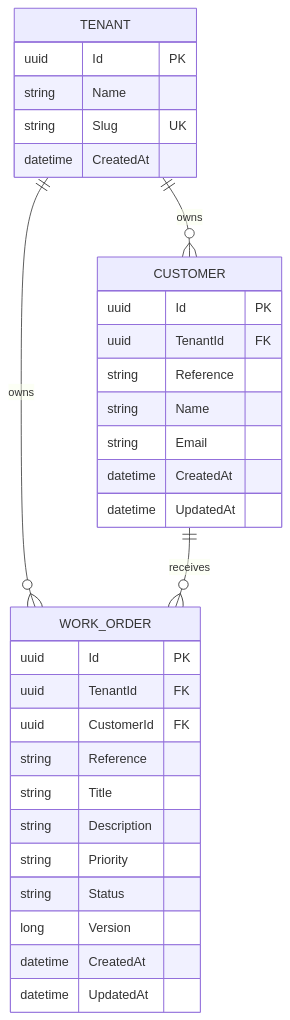
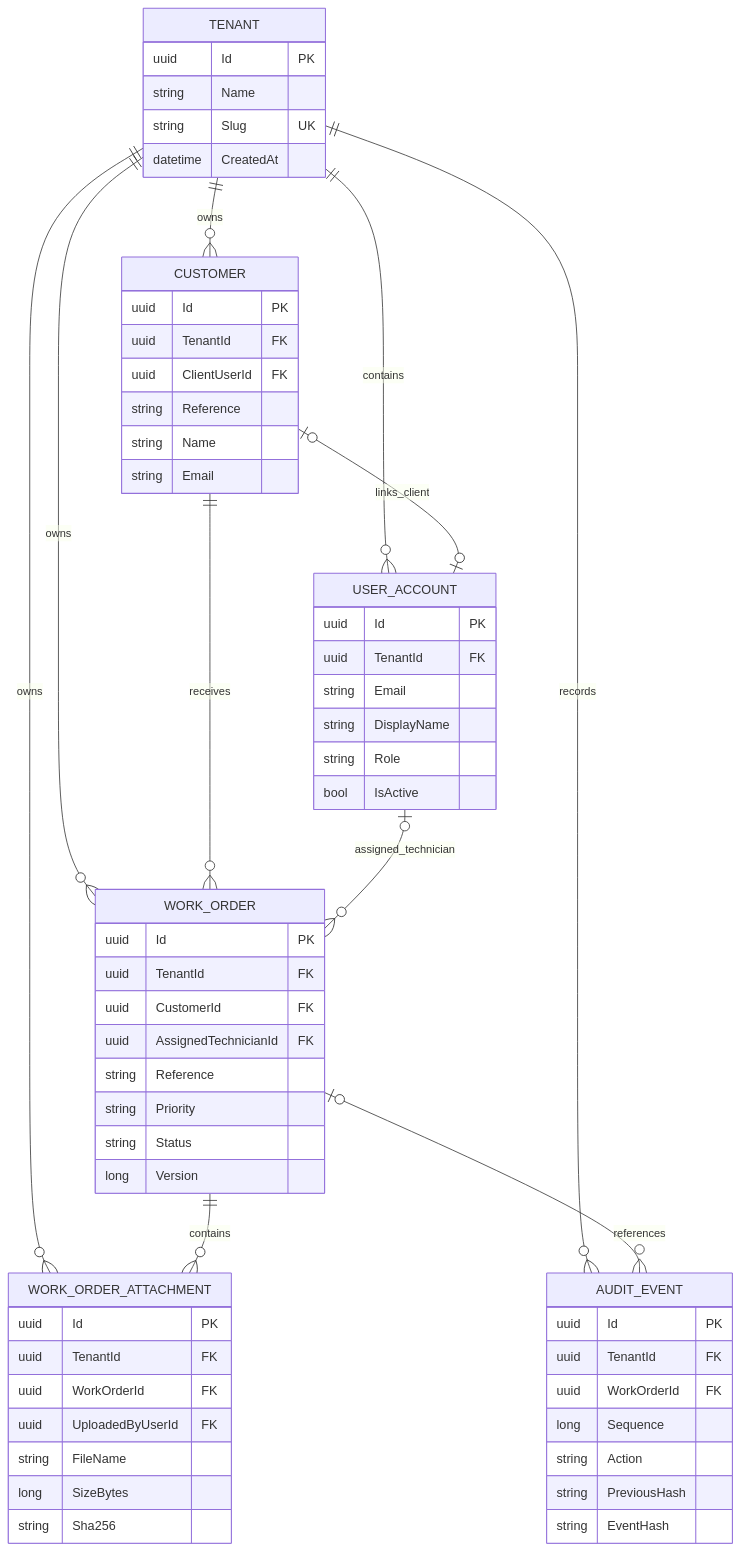
Before and after one commit to xuanz3/Fieldops-Multitenant-Platform: the diagram in docs/architecture/tenant-data-model.md, drawn with Mermaid. The commit also changed other lines of this file and 3 other files, not shown here.

Commit message:
docs: update final architecture model

````diff
--- a/docs/architecture/tenant-data-model.md
+++ b/docs/architecture/tenant-data-model.md
@@ -3,37 +3,70 @@
 ```mermaid
 erDiagram
+    TENANT ||--o{ USER_ACCOUNT : contains
     TENANT ||--o{ CUSTOMER : owns
     TENANT ||--o{ WORK_ORDER : owns
+    TENANT ||--o{ WORK_ORDER_ATTACHMENT : owns
+    TENANT ||--o{ AUDIT_EVENT : records
+
     CUSTOMER ||--o{ WORK_ORDER : receives
+    CUSTOMER o|--o| USER_ACCOUNT : links_client
+    USER_ACCOUNT o|--o{ WORK_ORDER : assigned_technician
+    WORK_ORDER ||--o{ WORK_ORDER_ATTACHMENT : contains
+    WORK_ORDER o|--o{ AUDIT_EVENT : references
 
     TENANT {
         uuid Id PK
         string Name
         string Slug UK
         datetime CreatedAt
     }
 
+    USER_ACCOUNT {
+        uuid Id PK
+        uuid TenantId FK
+        string Email
+        string DisplayName
+        string Role
+        bool IsActive
+    }
+
     CUSTOMER {
         uuid Id PK
         uuid TenantId FK
+        uuid ClientUserId FK
         string Reference
         string Name
         string Email
-        datetime CreatedAt
-        datetime UpdatedAt
     }
 
     WORK_ORDER {
         uuid Id PK
         uuid TenantId FK
         uuid CustomerId FK
+        uuid AssignedTechnicianId FK
         string Reference
-        string Title
-        string Description
         string Priority
         string Status
         long Version
-        datetime CreatedAt
-        datetime UpdatedAt
+    }
+
+    WORK_ORDER_ATTACHMENT {
+        uuid Id PK
+        uuid TenantId FK
+        uuid WorkOrderId FK
+        uuid UploadedByUserId FK
+        string FileName
+        long SizeBytes
+        string Sha256
+    }
+
+    AUDIT_EVENT {
+        uuid Id PK
+        uuid TenantId FK
+        uuid WorkOrderId FK
+        long Sequence
+        string Action
+        string PreviousHash
+        string EventHash
     }
 ```
````
